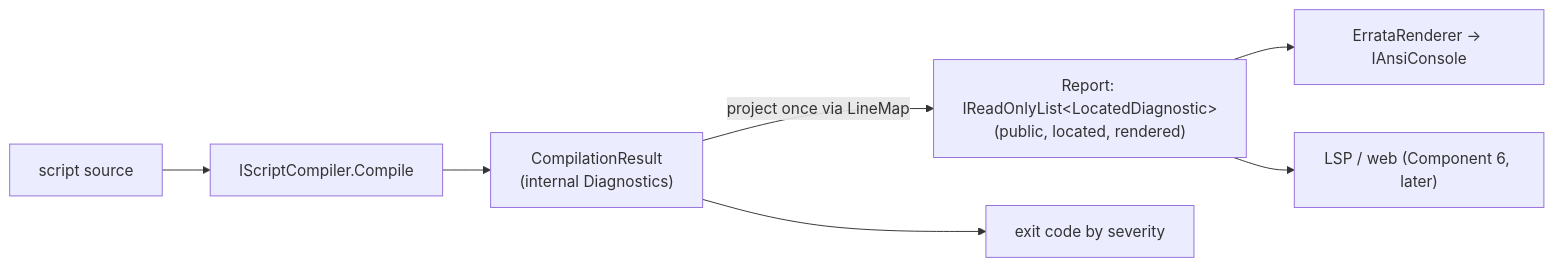
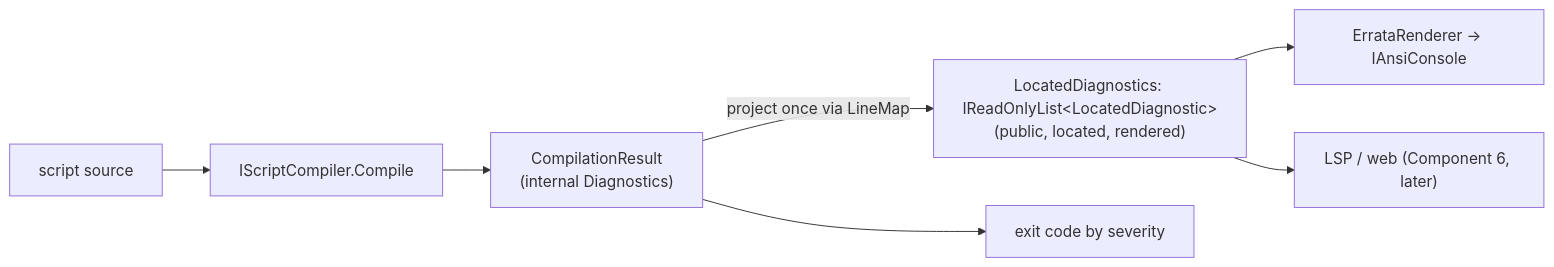
One commit to pengzhengyi/godot-dialoguedown changed the diagram in docs/contributing/design-notes/CLI Diagnostic Rendering.md. Above: the diagram before and after it, drawn with Mermaid. The commit also changed other lines of this file and 10 other files, not shown here.

First line of the commit message:
feat(diagnostics): add the public located diagnostic view

````diff
--- a/docs/contributing/design-notes/CLI Diagnostic Rendering.md
+++ b/docs/contributing/design-notes/CLI Diagnostic Rendering.md
@@ -99,9 +99,9 @@
 ```mermaid
 flowchart LR
     SRC["script source"] --> C["IScriptCompiler.Compile"]
     C --> R["CompilationResult<br/>(internal Diagnostics)"]
-    R -- "project once via LineMap" --> V["Report: IReadOnlyList&lt;LocatedDiagnostic&gt;<br/>(public, located, rendered)"]
+    R -- "project once via LineMap" --> V["LocatedDiagnostics: IReadOnlyList&lt;LocatedDiagnostic&gt;<br/>(public, located, rendered)"]
     V --> CLI["ErrataRenderer → IAnsiConsole"]
     V --> LSP["LSP / web (Component 6, later)"]
     R --> X["exit code by severity"]
 ```
````
